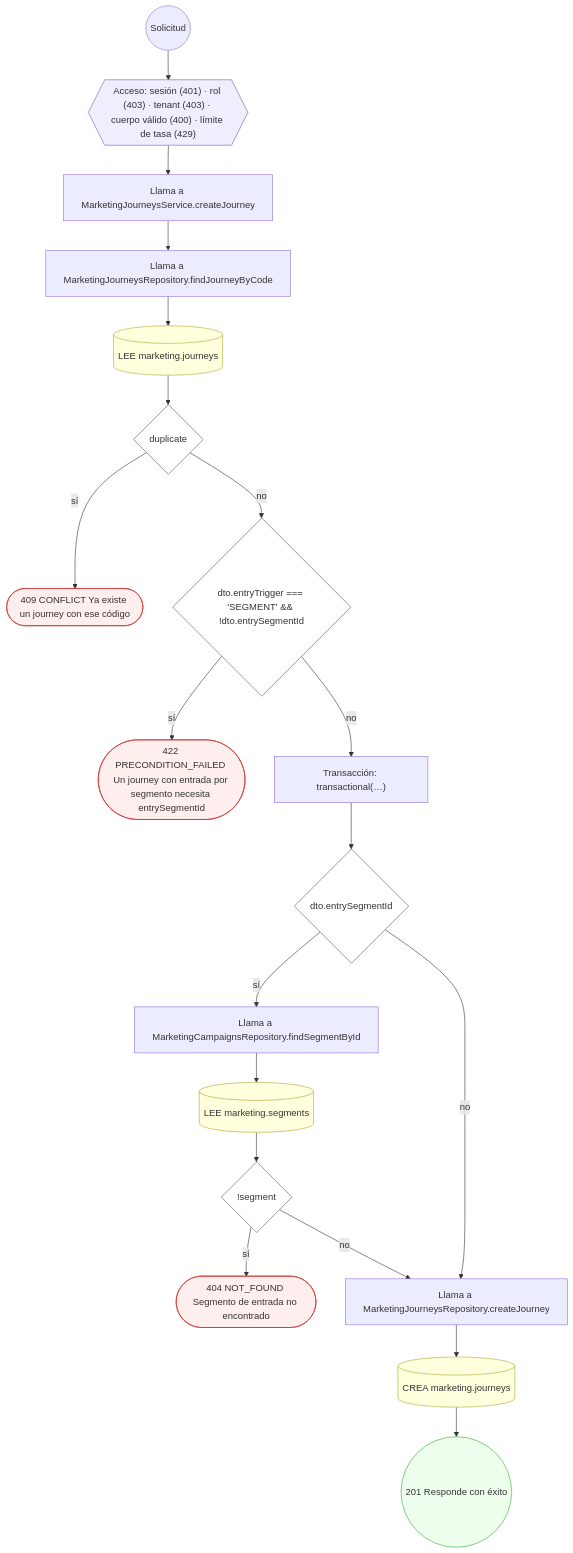
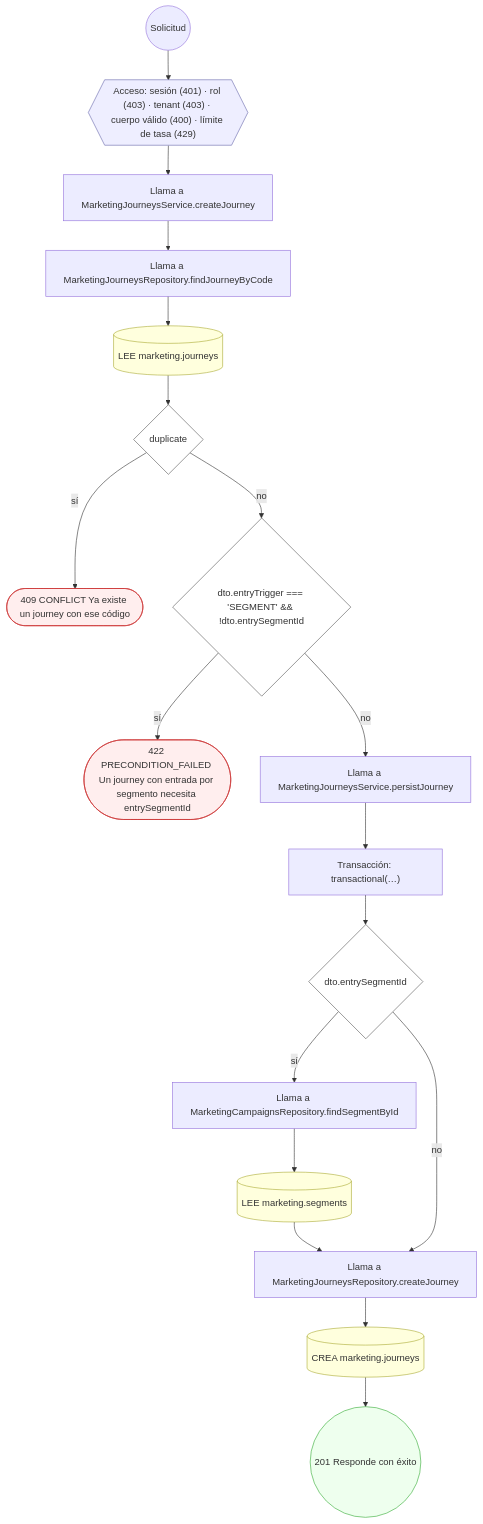
One commit to mdavila-2001/mantra-core-health-api changed the eighth of 16 diagrams in docs/inventario/flujos/marketing.md. Above: the diagram before and after it, drawn with Mermaid. The commit also changed other lines of this file and 438 other files, not shown here.

````diff
--- a/docs/inventario/flujos/marketing.md
+++ b/docs/inventario/flujos/marketing.md
@@ -584,45 +608,43 @@
 ```mermaid
 flowchart TD
   n1(("Solicitud")):::inicio
   n2{{"Acceso: sesión (401) · rol (403) · tenant (403) · cuerpo válido (400) · límite de tasa (429)"}}:::acceso
   n1 --> n2
   n3["Llama a MarketingJourneysService.createJourney"]:::llamada
   n2 --> n3
   n4["Llama a MarketingJourneysRepository.findJourneyByCode"]:::llamada
   n3 --> n4
   n5[("LEE marketing.journeys")]:::efecto
   n4 --> n5
   n6{"duplicate"}:::decision
   n5 --> n6
   n7(["409 CONFLICT Ya existe un journey con ese código"]):::error
   n6 -->|"sí"| n7
   n8{"dto.entryTrigger === 'SEGMENT' && !dto.entrySegmentId"}:::decision
   n6 -->|"no"| n8
   n9(["422 PRECONDITION_FAILED Un journey con entrada por segmento necesita entrySegmentId"]):::error
   n8 -->|"sí"| n9
-  n10["Transacción: transactional(…)"]:::transaccion
+  n10["Llama a MarketingJourneysService.persistJourney"]:::llamada
   n8 -->|"no"| n10
-  n11{"dto.entrySegmentId"}:::decision
+  n11["Transacción: transactional(…)"]:::transaccion
   n10 --> n11
-  n12["Llama a MarketingCampaignsRepository.findSegmentById"]:::llamada
-  n11 -->|"sí"| n12
-  n13[("LEE marketing.segments")]:::efecto
-  n12 --> n13
-  n14{"!segment"}:::decision
+  n12{"dto.entrySegmentId"}:::decision
+  n11 --> n12
+  n13["Llama a MarketingCampaignsRepository.findSegmentById"]:::llamada
+  n12 -->|"sí"| n13
+  n14[("LEE marketing.segments")]:::efecto
   n13 --> n14
-  n15(["404 NOT_FOUND Segmento de entrada no encontrado"]):::error
-  n14 -->|"sí"| n15
-  n16["Llama a MarketingJourneysRepository.createJourney"]:::llamada
-  n14 -->|"no"| n16
-  n11 -->|"no"| n16
-  n17[("CREA marketing.journeys")]:::efecto
+  n15["Llama a MarketingJourneysRepository.createJourney"]:::llamada
+  n14 --> n15
+  n12 -->|"no"| n15
+  n16[("CREA marketing.journeys")]:::efecto
+  n15 --> n16
+  n17(("201 Responde con éxito")):::ok
   n16 --> n17
-  n18(("201 Responde con éxito")):::ok
-  n17 --> n18
   classDef acceso fill:#eef,stroke:#66a
   classDef error fill:#fee,stroke:#c33
   classDef ok fill:#efe,stroke:#3a3
   classDef efecto fill:#ffd,stroke:#aa3
   classDef decision fill:#fff,stroke:#555
   classDef corte fill:#eee,stroke:#999,stroke-dasharray: 4
 ```
````
